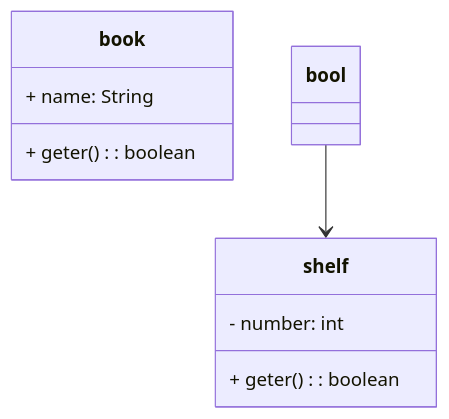
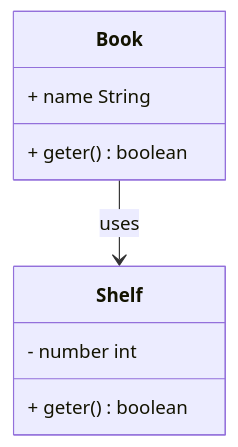
The diagram in README.md (AFNabavi/APProject), drawn with Mermaid before and after one commit.

Commit message:
Testing mermaid 1

````diff
--- a/README.md
+++ b/README.md
@@ -6,14 +6,14 @@
 ```mermaid
 classDiagram
-    class book {
-        + name: String
-        + geter(): boolean
+    class Book {
+        + name String
+        + geter() boolean
     }
 
-    class shelf {
-        - number: int
-        + geter(): boolean
+    class Shelf {
+        - number int
+        + geter() boolean
     }
 
-    bool --> shelf
+    Book --> Shelf: uses
 ```
````
